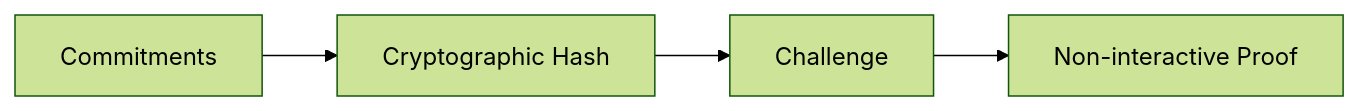
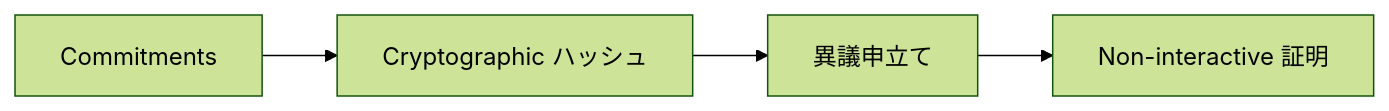
Before and after one commit to ShigeichiroYamasaki/creator-first-platform: diagram 15 of 43 in docs/whitepaper/09-technology.md, drawn with Mermaid (forest theme). The commit also changed other lines of this file and 72 other files, not shown here.

````diff
--- a/docs/whitepaper/09-technology.md
+++ b/docs/whitepaper/09-technology.md
@@ -655,9 +655,9 @@
 ```mermaid
 flowchart LR
     COMMIT[Commitments]
-    HASH[Cryptographic Hash]
-    CHALLENGE[Challenge]
-    PROOF[Non-interactive Proof]
+    HASH[Cryptographic ハッシュ]
+    CHALLENGE[異議申立て]
+    PROOF[Non-interactive 証明]
 
     COMMIT --> HASH --> CHALLENGE --> PROOF
 ```
````
